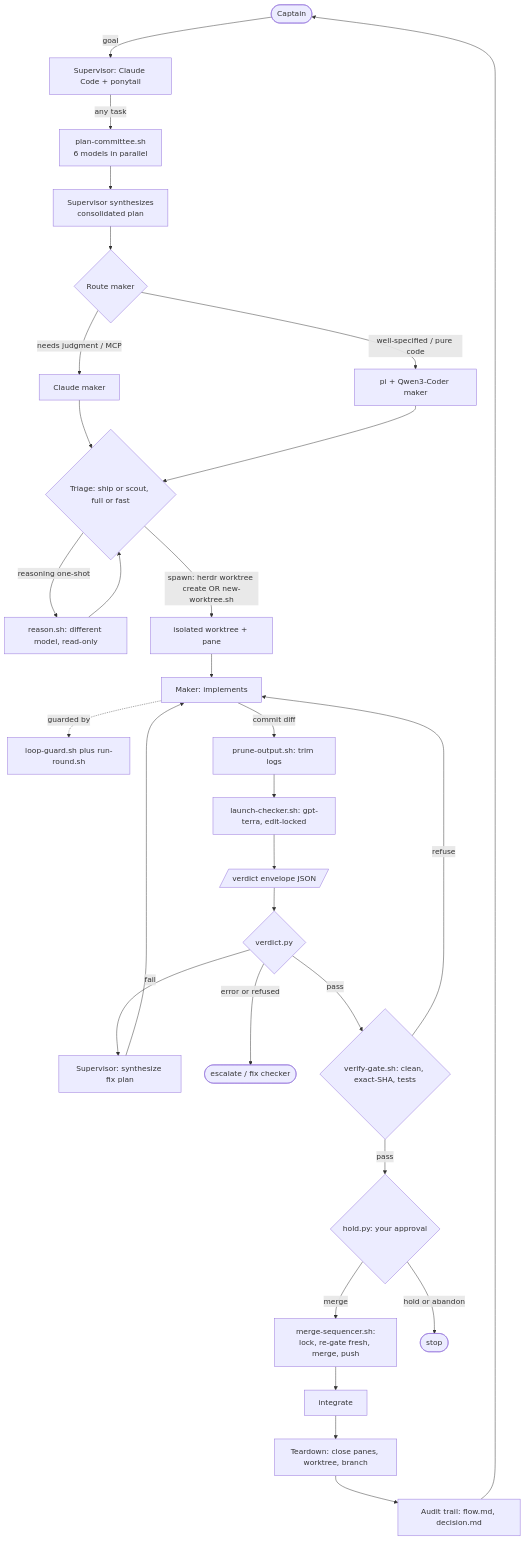
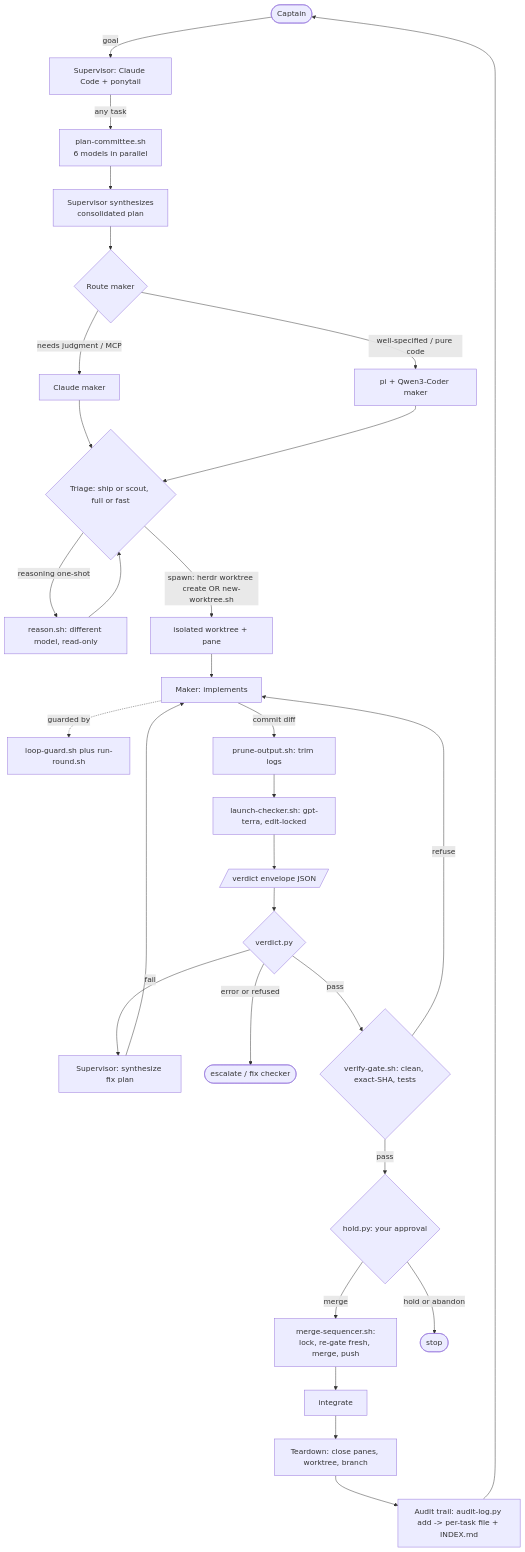
Before and after one commit to eshwarvijay/secondmate: the diagram in docs/ARCHITECTURE.md, drawn with Mermaid. The commit also changed other lines of this file and 71 other files, not shown here.

First line of the commit message:
Restructure audit trail to a generic, lookup-only mechanism (bin/audit-log.py)

````diff
--- a/docs/ARCHITECTURE.md
+++ b/docs/ARCHITECTURE.md
@@ -37,32 +37,32 @@
 ```mermaid
 flowchart TD
     Cap([Captain]) -->|goal| SUP[Supervisor: Claude Code + ponytail]
     SUP -->|any task| PC[plan-committee.sh<br/>6 models in parallel]
     PC --> SYN[Supervisor synthesizes<br/>consolidated plan]
     SYN --> ROUTE{Route maker}
     ROUTE -->|needs judgment / MCP| MKC[Claude maker]
     ROUTE -->|well-specified / pure code| MKQ[pi + Qwen3-Coder maker]
     MKC --> TRI{Triage: ship or scout, full or fast}
     MKQ --> TRI
     TRI -->|reasoning one-shot| RS[reason.sh: different model, read-only]
     RS --> TRI
     TRI -->|spawn: herdr worktree create OR new-worktree.sh| WT[isolated worktree + pane]
     WT --> MK[Maker: implements]
     MK -. guarded by .-> GD[loop-guard.sh plus run-round.sh]
     MK -->|commit diff| PR[prune-output.sh: trim logs]
     PR --> CH[launch-checker.sh: gpt-terra, edit-locked]
     CH --> EV[/verdict envelope JSON/]
     EV --> VD{verdict.py}
     VD -->|fail| S3[Supervisor: synthesize fix plan]
     S3 --> MK
     VD -->|error or refused| STOP2([escalate / fix checker])
     VD -->|pass| GT{verify-gate.sh: clean, exact-SHA, tests}
     GT -->|refuse| MK
     GT -->|pass| HD{hold.py: your approval}
     HD -->|merge| MS[merge-sequencer.sh:<br/>lock, re-gate fresh, merge, push]
     HD -->|hold or abandon| STOP([stop])
     MS --> INT[integrate]
     INT --> TD[Teardown: close panes, worktree, branch]
-    TD --> AU[Audit trail: flow.md, decision.md]
+    TD --> AU[Audit trail: audit-log.py add -> per-task file + INDEX.md]
     AU --> Cap
 ```
````
